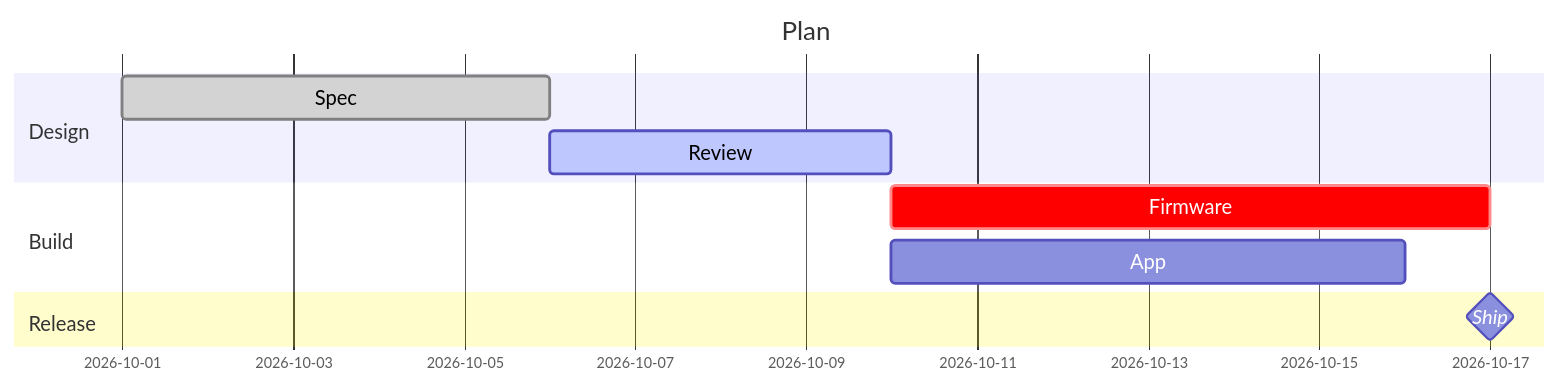
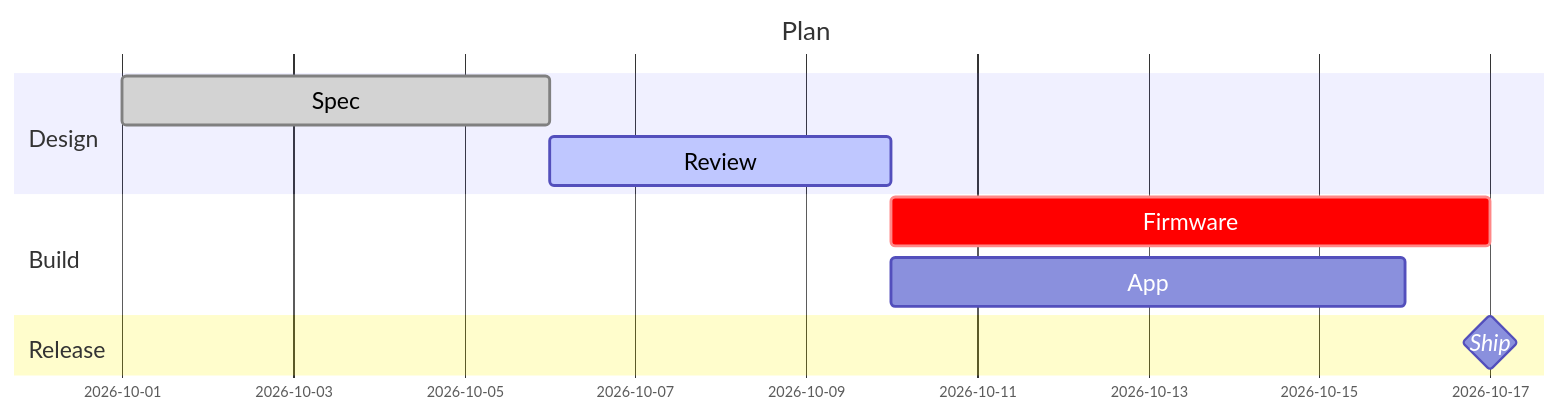
Before and after one commit to zelvet-velvet/agent-worklog-vault: the eighth of 34 diagrams in _Meta/Mermaid Preview.md, drawn with Mermaid. The commit also changed other lines of this file and 3 other files, not shown here.

Commit message:
style(mermaid): dark fill + coloured border + light text for every coloured block

````diff
--- a/_Meta/Mermaid Preview.md
+++ b/_Meta/Mermaid Preview.md
@@ -341,21 +341,21 @@
 ```mermaid
 ---
 config:
   gantt:
-    barHeight: 30
+    barHeight: 34
     barGap: 8
-    fontSize: 14
-    sectionFontSize: 14
+    fontSize: 16
+    sectionFontSize: 16
 ---
 gantt
     title Plan
     dateFormat YYYY-MM-DD
     section Design
         Spec          :done, d1, 2026-10-01, 5d
         Review        :active, d2, after d1, 4d
     section Build
         Firmware      :crit, b1, after d2, 7d
         App           :b2, after d2, 6d
     section Release
         Ship          :milestone, m1, after b1, 0d
 ```
````
